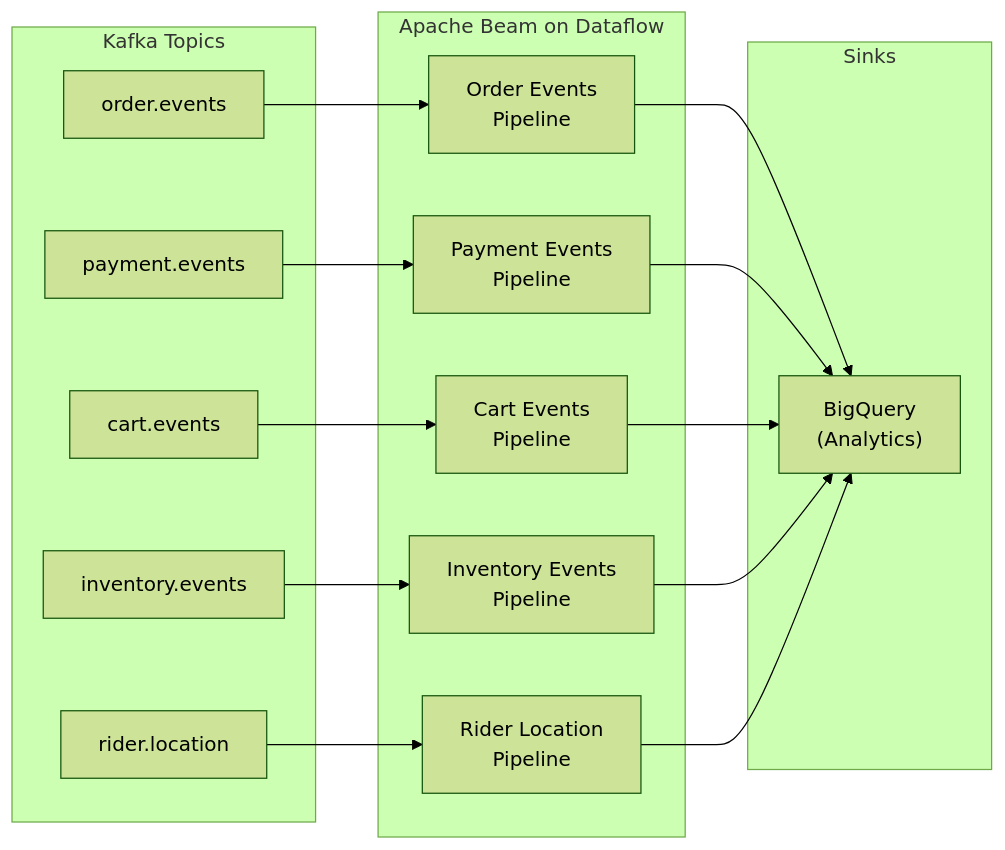
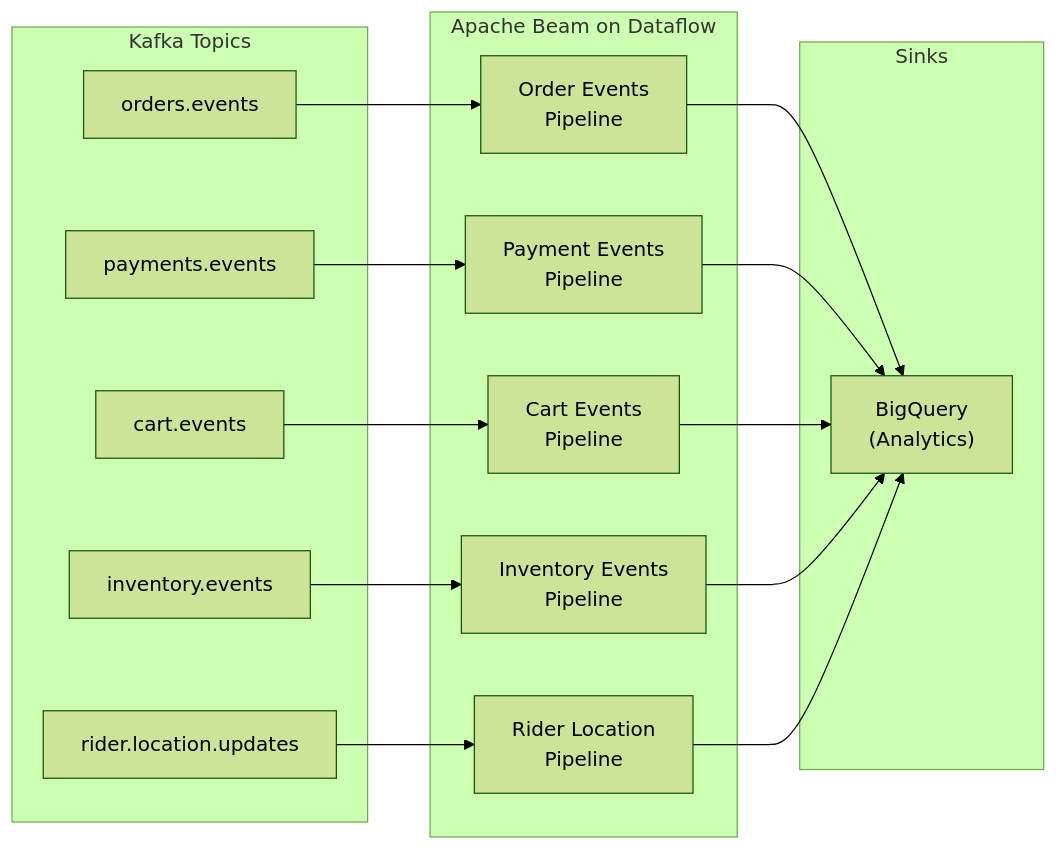
Before and after one commit to sunitakeazycommerz-a11y/InstaCommerce: the fourth of 6 diagrams in data-platform/README.md, drawn with Mermaid (forest theme). The commit also changed other lines of this file and 33 other files, not shown here.

````diff
--- a/data-platform/README.md
+++ b/data-platform/README.md
@@ -257,28 +257,28 @@
 ```mermaid
 flowchart LR
     subgraph Kafka["Kafka Topics"]
-        OE["order.events"]
-        PE["payment.events"]
+        OE["orders.events"]
+        PE["payments.events"]
         CE["cart.events"]
         IE["inventory.events"]
-        RL["rider.location"]
+        RL["rider.location.updates"]
     end
 
     subgraph Dataflow["Apache Beam on Dataflow"]
         OP["Order Events\nPipeline"]
         PP["Payment Events\nPipeline"]
         CP["Cart Events\nPipeline"]
         IP["Inventory Events\nPipeline"]
         RLP["Rider Location\nPipeline"]
     end
 
     subgraph Sinks["Sinks"]
         BQ["BigQuery\n(Analytics)"]
     end
 
     OE --> OP --> BQ
     PE --> PP --> BQ
     CE --> CP --> BQ
     IE --> IP --> BQ
     RL --> RLP --> BQ
 ```
````
